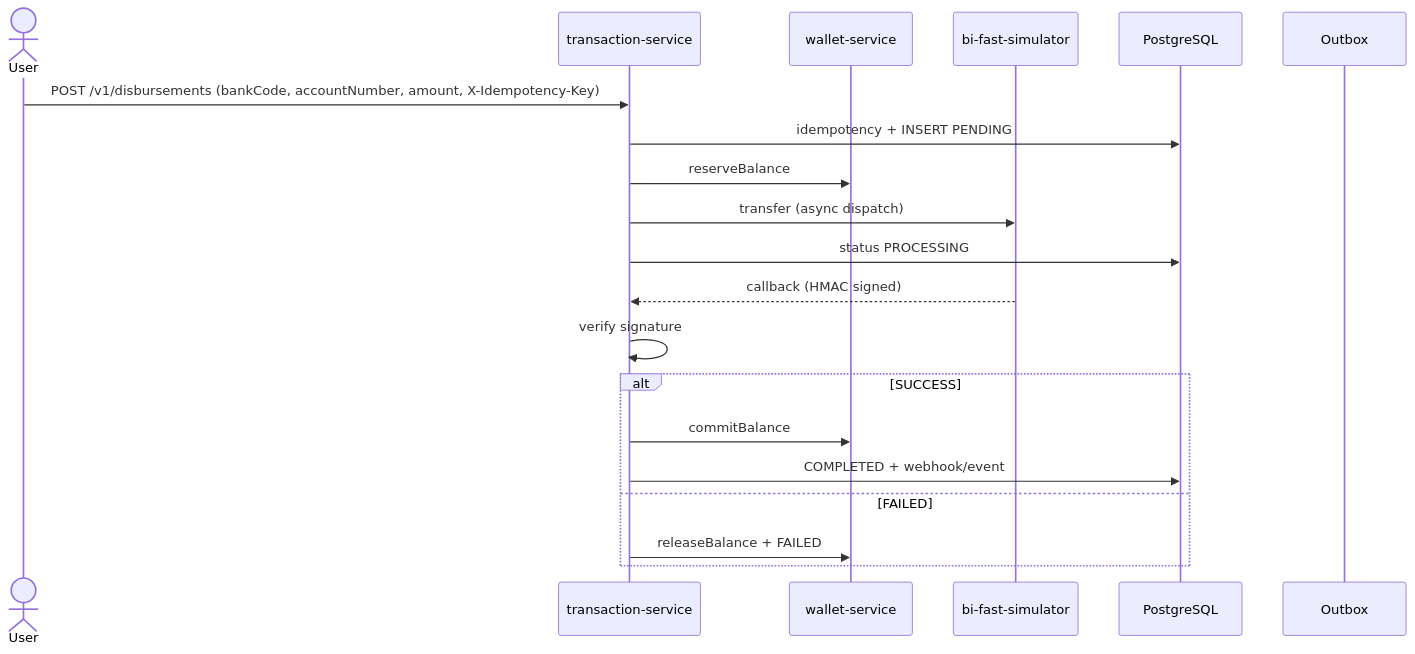
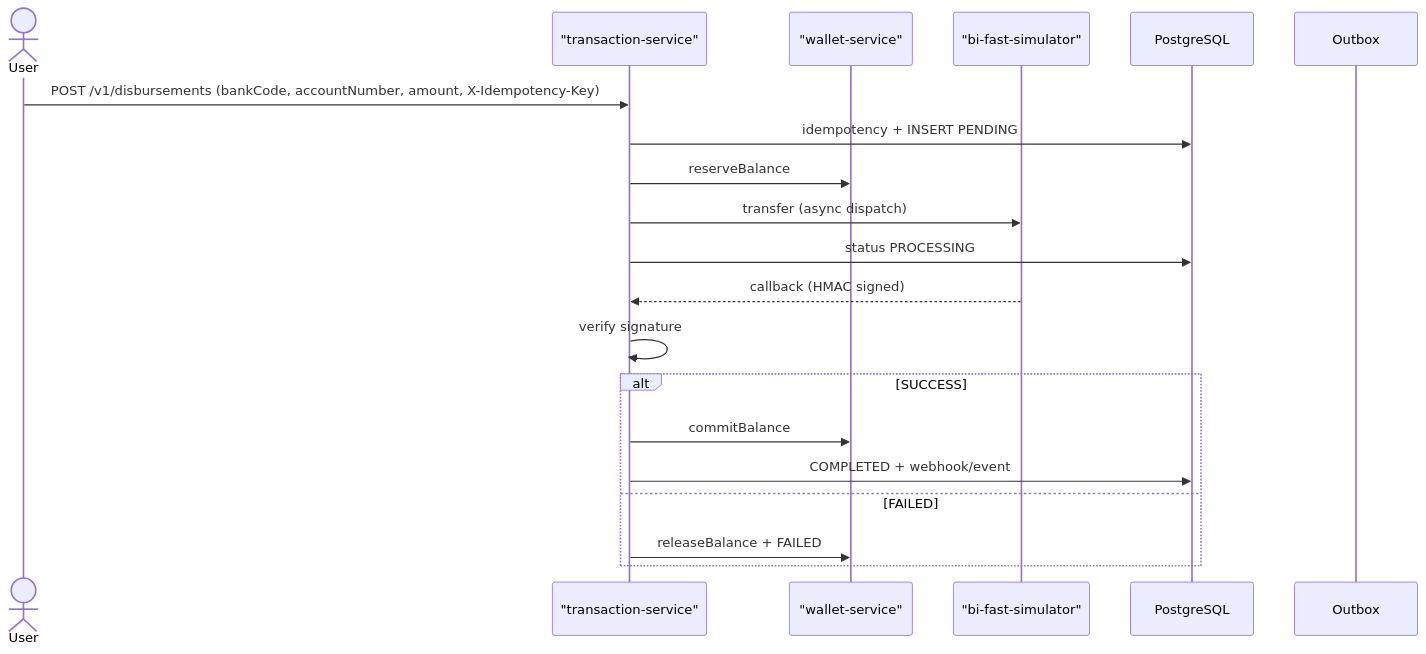
The tenth of 51 diagrams in docs/product/FLOWS.md (fajjarnr/payu), drawn with Mermaid before and after one commit. The commit also changed other lines of this file, not shown here.

First line of the commit message:
fix(flows): mermaid render — quoted aliases, #59; semicolons, %% comments

````diff
--- a/docs/product/FLOWS.md
+++ b/docs/product/FLOWS.md
@@ -367,23 +367,23 @@
 ```mermaid
 sequenceDiagram
     actor U as User
-    participant TX as transaction-service
-    participant WL as wallet-service
-    participant BF as bi-fast-simulator
+    participant TX as "transaction-service"
+    participant WL as "wallet-service"
+    participant BF as "bi-fast-simulator"
     participant DB as PostgreSQL
     participant OB as Outbox
 
     U->>TX: POST /v1/disbursements (bankCode, accountNumber, amount, X-Idempotency-Key)
     TX->>DB: idempotency + INSERT PENDING
     TX->>WL: reserveBalance
     TX->>BF: transfer (async dispatch)
     TX->>DB: status PROCESSING
     BF-->>TX: callback (HMAC signed)
     TX->>TX: verify signature
     alt SUCCESS
         TX->>WL: commitBalance
         TX->>DB: COMPLETED + webhook/event
     else FAILED
         TX->>WL: releaseBalance + FAILED
     end
 ```
````
